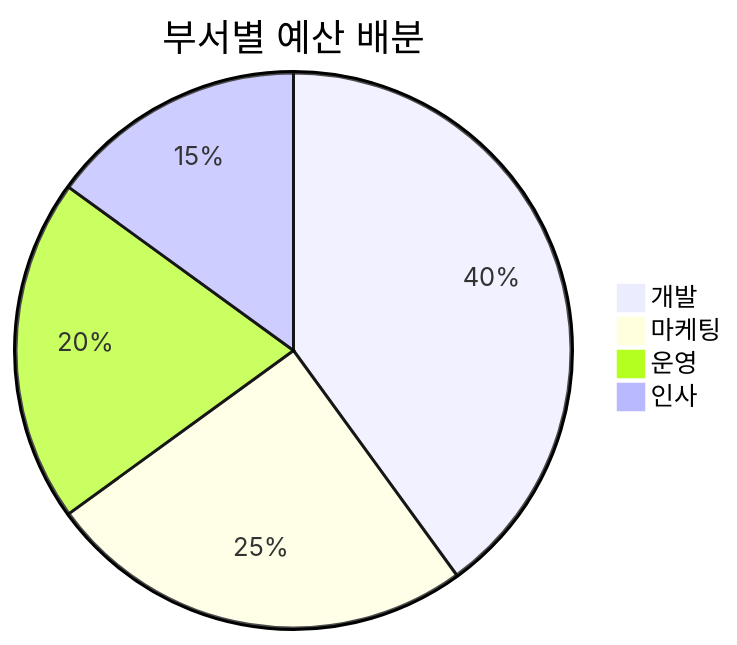
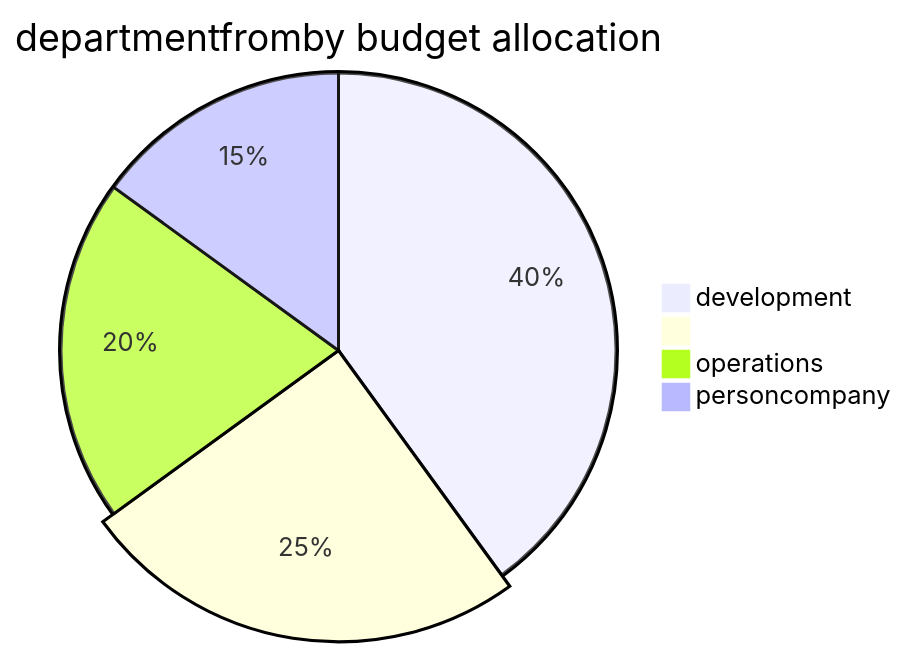
One commit to chodolmu/taskforge-pro changed the second of 2 diagrams in harnesses/communication/report-generator/skills/data-visualization-guide/skill.md. Above: the diagram before and after it, drawn with Mermaid. The commit also changed other lines of this file and 952 other files, not shown here.

````diff
--- a/harnesses/communication/report-generator/skills/data-visualization-guide/skill.md
+++ b/harnesses/communication/report-generator/skills/data-visualization-guide/skill.md
@@ -49,7 +49,7 @@
 ```mermaid
-pie title 부서별 예산 배분
-    "개발" : 40
-    "마케팅" : 25
-    "운영" : 20
-    "인사" : 15
+pie title departmentfromby budget allocation
+ "development" : 40
+ "" : 25
+ "operations" : 20
+ "personcompany" : 15
 ```
````
